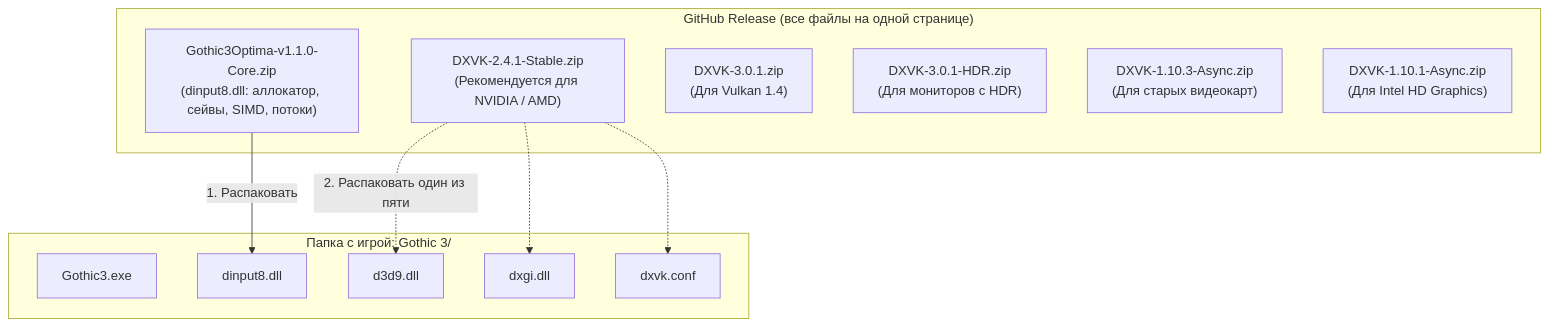
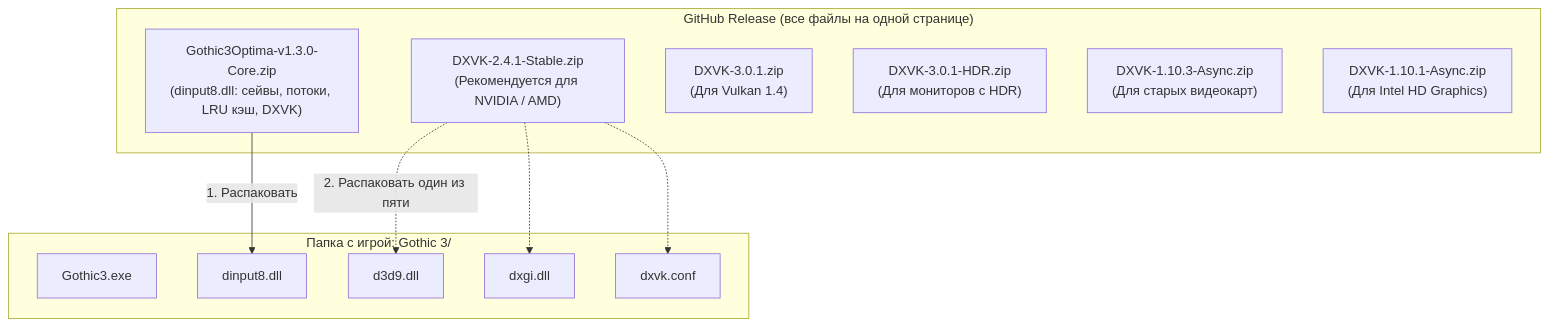
The first of 2 diagrams in README.md (VadimGlinskiy/G3O), drawn with Mermaid before and after one commit. The commit also changed other lines of this file and 12 other files, not shown here.

````diff
--- a/README.md
+++ b/README.md
@@ -42,24 +42,24 @@
 ```mermaid
 graph TD
     subgraph GitHub_Release ["GitHub Release (все файлы на одной странице)"]
-        Core["Gothic3Optima-v1.1.0-Core.zip<br/>(dinput8.dll: аллокатор, сейвы, SIMD, потоки)"]
+        Core["Gothic3Optima-v1.3.0-Core.zip<br/>(dinput8.dll: сейвы, потоки, LRU кэш, DXVK)"]
         DXVK1["DXVK-2.4.1-Stable.zip<br/>(Рекомендуется для NVIDIA / AMD)"]
         DXVK2["DXVK-3.0.1.zip<br/>(Для Vulkan 1.4)"]
         DXVK3["DXVK-3.0.1-HDR.zip<br/>(Для мониторов с HDR)"]
         DXVK4["DXVK-1.10.3-Async.zip<br/>(Для старых видеокарт)"]
         DXVK5["DXVK-1.10.1-Async.zip<br/>(Для Intel HD Graphics)"]
     end
 
     subgraph Game_Folder ["Папка с игрой: Gothic 3/"]
         EXE["Gothic3.exe"]
         DLL["dinput8.dll"]
         D3D9["d3d9.dll"]
         DXGI["dxgi.dll"]
         CONF["dxvk.conf"]
     end
 
     Core -->|"1. Распаковать"| DLL
     DXVK1 -.->|"2. Распаковать один из пяти"| D3D9
     DXVK1 -.-> DXGI
     DXVK1 -.-> CONF
 ```
````
